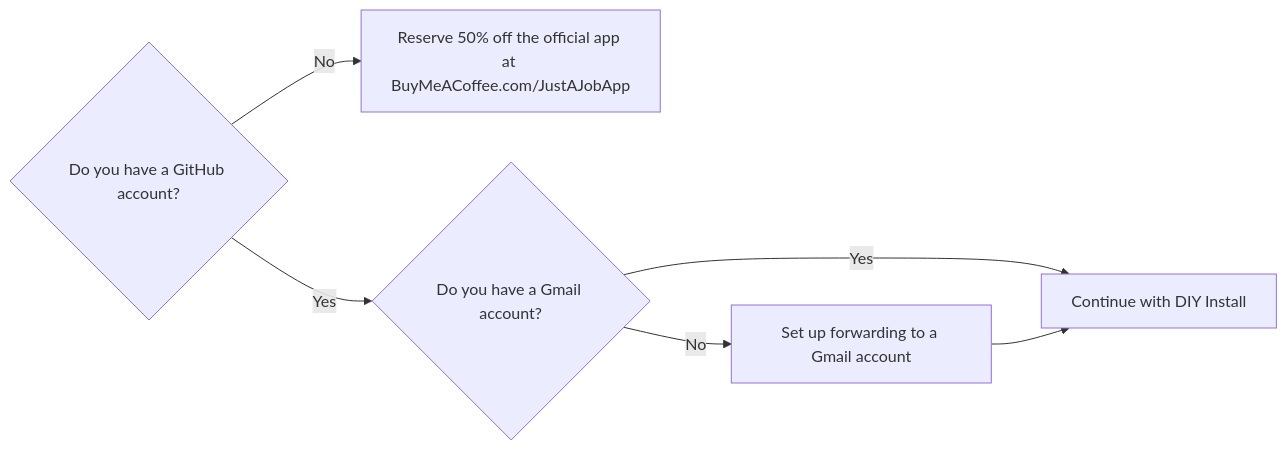
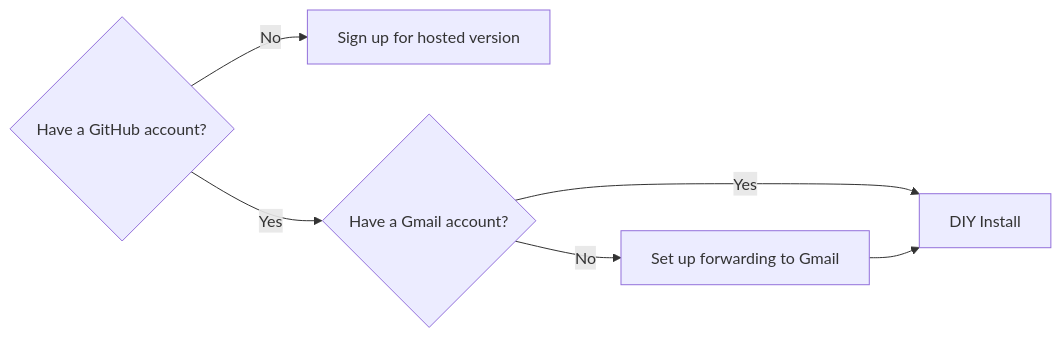
One commit to okimin/jobseeker-analytics changed the diagram in README.md. Above: the diagram before and after it, drawn with Mermaid. The commit also changed other lines of this file, not shown here.

````diff
--- a/README.md
+++ b/README.md
@@ -14,8 +76,8 @@
 ```mermaid
 graph LR
-    A{Do you have a GitHub account?} -- No --> B[Reserve 50% off the official app at BuyMeACoffee.com/JustAJobApp];
-    A -- Yes --> C{Do you have a Gmail account?};
-    C -- Yes --> D[Continue with DIY Install];
-    C -- No --> E[Set up forwarding to a Gmail account];
-    E --> D;
+    A{Have a GitHub account?} -- No --> B[Sign up for hosted version]
+    A -- Yes --> C{Have a Gmail account?}
+    C -- Yes --> D[DIY Install]
+    C -- No --> E[Set up forwarding to Gmail]
+    E --> D
 ```
````
